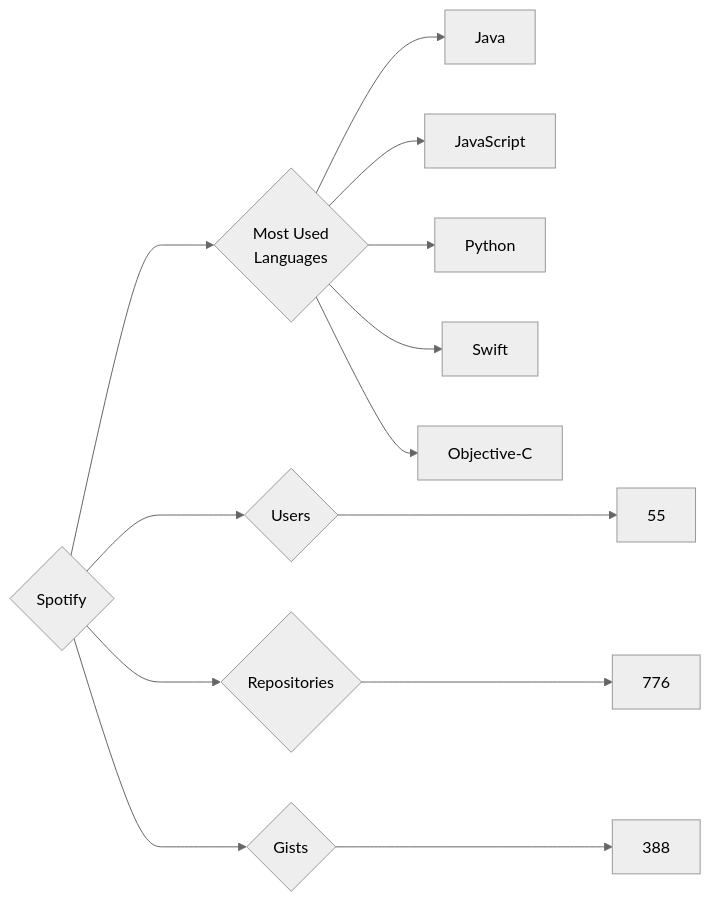
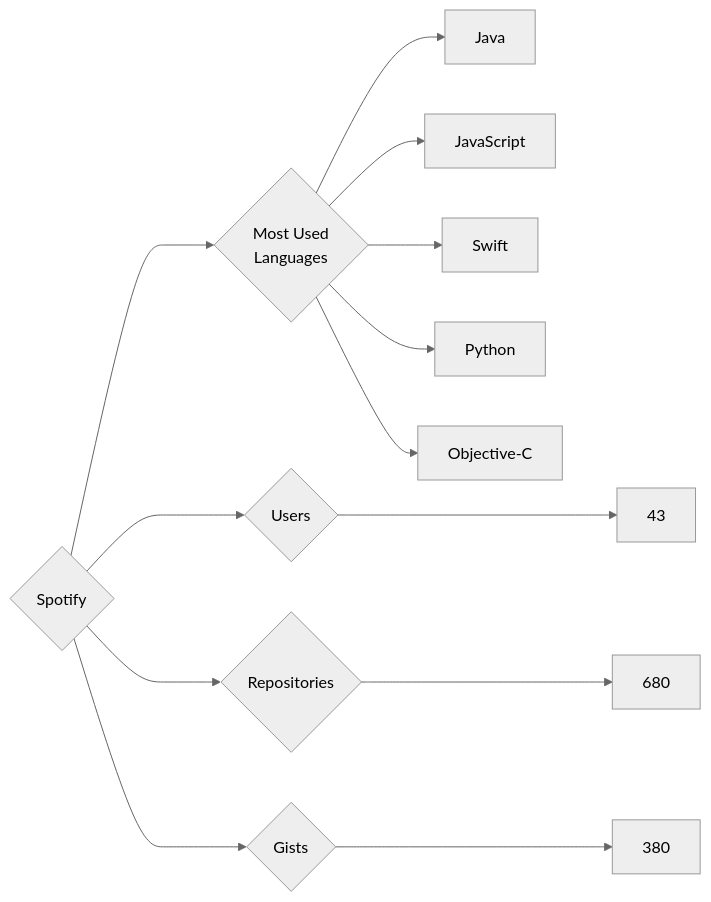
The diagram in targets/Spotify/README.md (trickest/insiders), drawn with Mermaid (neutral theme) before and after one commit. The commit also changed 903 other files, not shown here.

````diff
--- a/targets/Spotify/README.md
+++ b/targets/Spotify/README.md
@@ -3,13 +3,13 @@
 ```mermaid
 graph LR
 COMPANY_NAME{Spotify}
-COMPANY_NAME ---> U{Users} ---> UN[55]
-COMPANY_NAME ---> R{Repositories} ---> RN[776]
-COMPANY_NAME ---> G{Gists} ---> GN[388]
+COMPANY_NAME ---> U{Users} ---> UN[43]
+COMPANY_NAME ---> R{Repositories} ---> RN[680]
+COMPANY_NAME ---> G{Gists} ---> GN[380]
 COMPANY_NAME ---> ML{Most Used<br>Languages}
 ML --> Java[Java]
 ML --> JavaScript[JavaScript]
+ML --> Swift[Swift]
 ML --> Python[Python]
-ML --> Swift[Swift]
 ML --> Objective-C[Objective-C]
 ```
````
